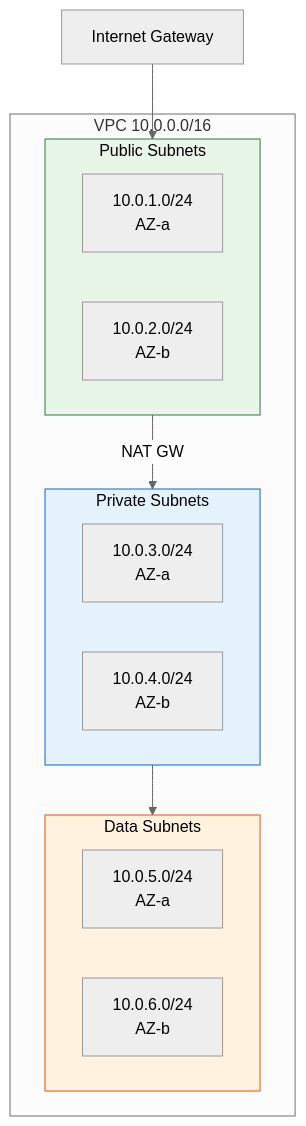
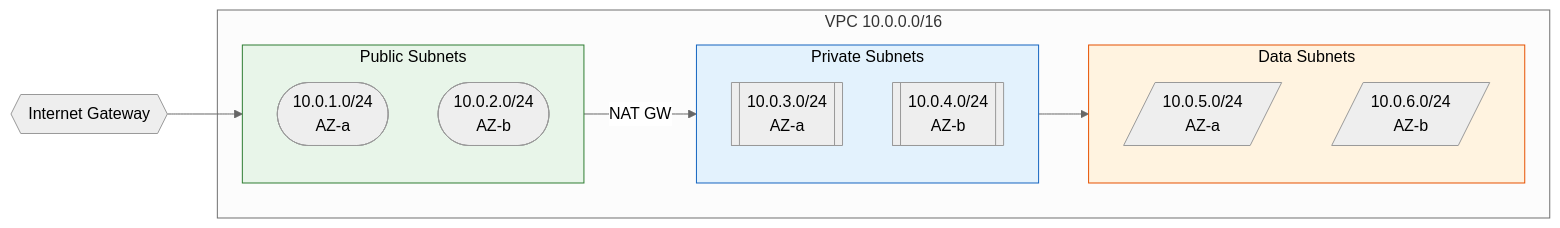
The fifth of 5 diagrams in docs/devops/aws.md (saivamsikaruturi/vamsilabs-dev-notes-main), drawn with Mermaid (neutral theme) before and after one commit. The commit also changed other lines of this file and 146 other files, not shown here.

Commit message:
Horizontal diagrams, UML class diagrams, typography overhaul, and permalink cleanup

````diff
--- a/docs/devops/aws.md
+++ b/docs/devops/aws.md
@@ -348,25 +348,25 @@
 ```mermaid
-flowchart TD
+flowchart LR
     subgraph VPC["VPC 10.0.0.0/16"]
         subgraph Public["Public Subnets"]
-            PS1["10.0.1.0/24<br/>AZ-a"]
-            PS2["10.0.2.0/24<br/>AZ-b"]
+            PS1(["10.0.1.0/24<br/>AZ-a"])
+            PS2(["10.0.2.0/24<br/>AZ-b"])
         end
         subgraph Private["Private Subnets"]
-            PR1["10.0.3.0/24<br/>AZ-a"]
-            PR2["10.0.4.0/24<br/>AZ-b"]
+            PR1[["10.0.3.0/24<br/>AZ-a"]]
+            PR2[["10.0.4.0/24<br/>AZ-b"]]
         end
         subgraph Data["Data Subnets"]
-            DS1["10.0.5.0/24<br/>AZ-a"]
-            DS2["10.0.6.0/24<br/>AZ-b"]
+            DS1[/"10.0.5.0/24<br/>AZ-a"/]
+            DS2[/"10.0.6.0/24<br/>AZ-b"/]
         end
     end
 
-    IGW["Internet Gateway"] --> Public
+    IGW{{"Internet Gateway"}} --> Public
     Public -->|"NAT GW"| Private
     Private --> Data
 
     style Public fill:#E8F5E9,stroke:#2E7D32,color:#000
     style Private fill:#E3F2FD,stroke:#1565C0,color:#000
     style Data fill:#FFF3E0,stroke:#E65100,color:#000
 ```
````
